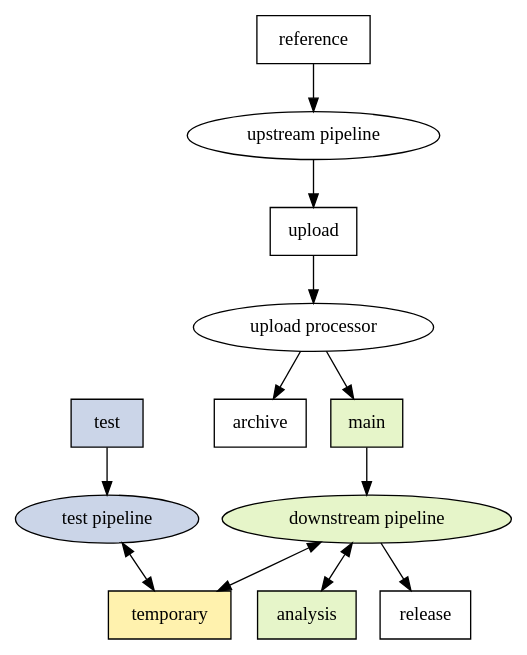
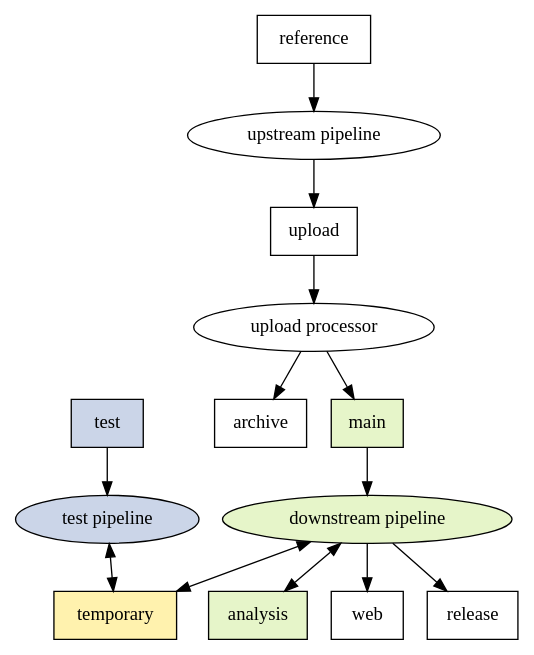
One commit to populationgenomics/team-docs changed the diagram in storage_policies/figures/dataflow.dot. Above: the diagram before and after it, drawn with Graphviz. The commit also changed 2 other files, not shown here.

Commit message:
Describe the web bucket (#87)

```diff
--- a/storage_policies/figures/dataflow.dot
+++ b/storage_policies/figures/dataflow.dot
@@ -1,28 +1,30 @@
 digraph dataflow {
     node [colorscheme=pastel28, style=filled, fillcolor=white];
 
     upstream_pipeline [label="upstream pipeline"]
     downstream_pipeline [label="downstream pipeline", fillcolor=5]
     test_pipeline [label="test pipeline", fillcolor=3]
     upload_processor [label="upload processor"]
     reference [shape=box]
     upload [shape=box]
     archive [shape=box]
     main [shape=box, fillcolor=5]
     test [shape=box, fillcolor=3]
     temporary [shape=box, fillcolor=6]
     analysis [shape=box, fillcolor=5]
+    web [shape=box]
     release [shape=box]
 
     reference -> upstream_pipeline
     upstream_pipeline -> upload
     upload -> upload_processor
     upload_processor -> archive
     upload_processor -> main
     main -> downstream_pipeline
     downstream_pipeline -> temporary [dir=both]
     downstream_pipeline -> analysis [dir=both]
+    downstream_pipeline -> web
     downstream_pipeline -> release
     test -> test_pipeline
     test_pipeline -> temporary [dir=both]
 }
```
